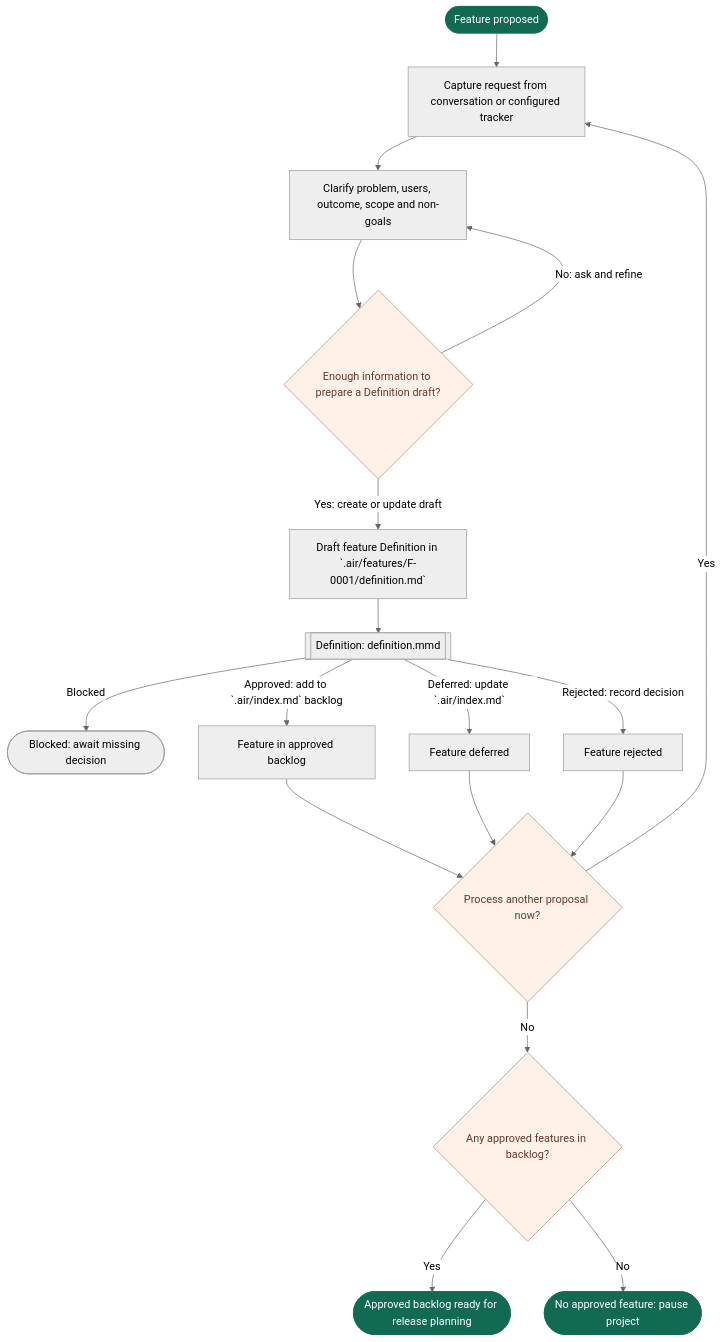
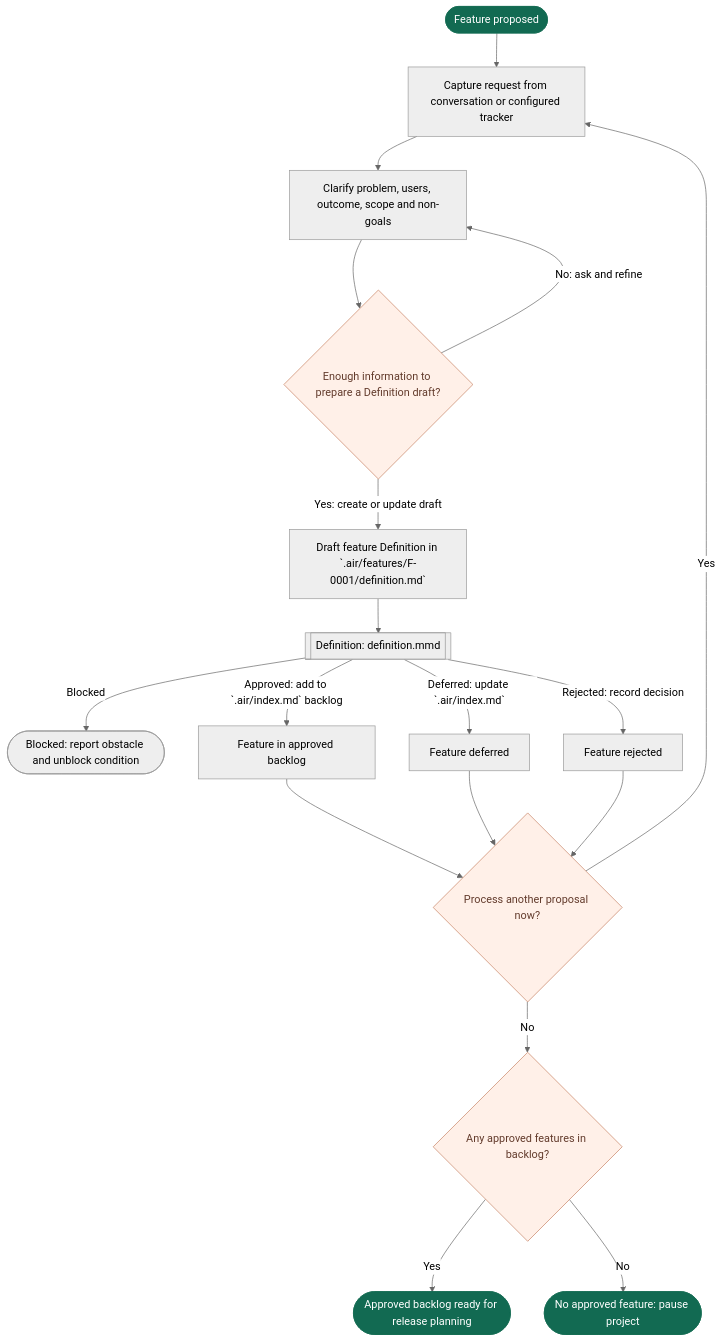
The diagram in flows/feature-intake.mmd (vanlangenlabs/aidflow), drawn with Mermaid (neutral theme) before and after one commit. The commit also changed 7 other files, not shown here.

```diff
--- a/flows/feature-intake.mmd
+++ b/flows/feature-intake.mmd
@@ -1,43 +1,43 @@
 flowchart TD
     start([Feature proposed]) --> capture[Capture request from conversation or configured tracker]
 %% @airflow-context capture
 %% Accept a feature proposal from the conversation or the configured GitHub/GitLab
 %% tracker. The tracker is optional. Do not start implementation or select a
 %% release during intake.
 
 %% Feature transitions owned by this phase:
 %% - `proposed` -> `clarifying`: AI captures and refines the proposal.
 %% - `backlog` -> `deferred`: Human defers; existing Definition approval remains valid.
 %% - `deferred` -> `backlog`: Human reopens and existing Definition approval is still valid.
 %% - `deferred` / `rejected` -> `proposed`: Human reopens with no valid Definition approval; preserve decisions and use `record_status: draft`.
 
 %% New features start proposed. Active states: proposed, clarifying, backlog,
 %% selected, implementing, verifying, verified. Deferred/rejected need explicit
 %% reopening. Released is terminal; later changes use a new feature ID.
 %% @end-airflow-context
     capture --> clarify[Clarify problem, users, outcome, scope and non-goals]
 %% @airflow-context clarify
 %% Ask only for information needed to write a useful Definition: affected users,
 %% problem, expected outcome/value, scope and non-goals. Do not infer missing
 %% requirements. Keep this proposal under one stable feature ID in `.air/`.
 %% @end-airflow-context
     clarify --> ready{Enough information to prepare a Definition draft?}
     ready -- No: ask and refine --> clarify
     ready -- Yes: create or update draft --> draft[Draft feature Definition in `.air/features/F-0001/definition.md`]
     draft --> definition[["Definition: definition.mmd"]]
-    definition -- Blocked --> blocked([Blocked: await missing decision])
+    definition -- Blocked --> blocked([Blocked: report obstacle and unblock condition])
     definition -- Approved: add to `.air/index.md` backlog --> backlog[Feature in approved backlog]
     definition -- Deferred: update `.air/index.md` --> deferred[Feature deferred]
     definition -- Rejected: record decision --> rejected[Feature rejected]
     backlog --> another{Process another proposal now?}
     deferred --> another
     rejected --> another
     another -- Yes --> capture
     another -- No --> anyApproved{Any approved features in backlog?}
     anyApproved -- Yes --> intakeReady([Approved backlog ready for release planning])
     anyApproved -- No --> noApproved([No approved feature: pause project])
 
     classDef boundary fill:#126a52,color:#ffffff,stroke:#126a52
     class start,intakeReady,noApproved boundary
     classDef approval fill:#fff0e8,color:#633b2c,stroke:#c68162
     class ready,another,anyApproved approval
```
